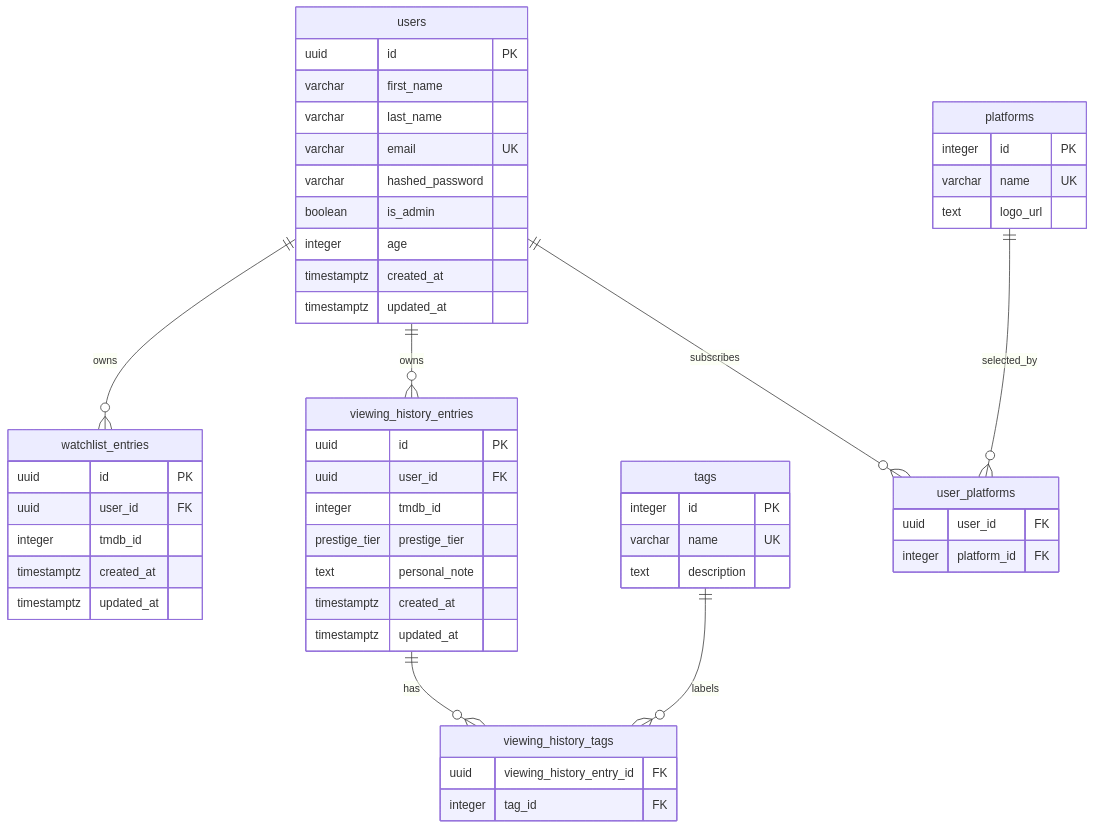
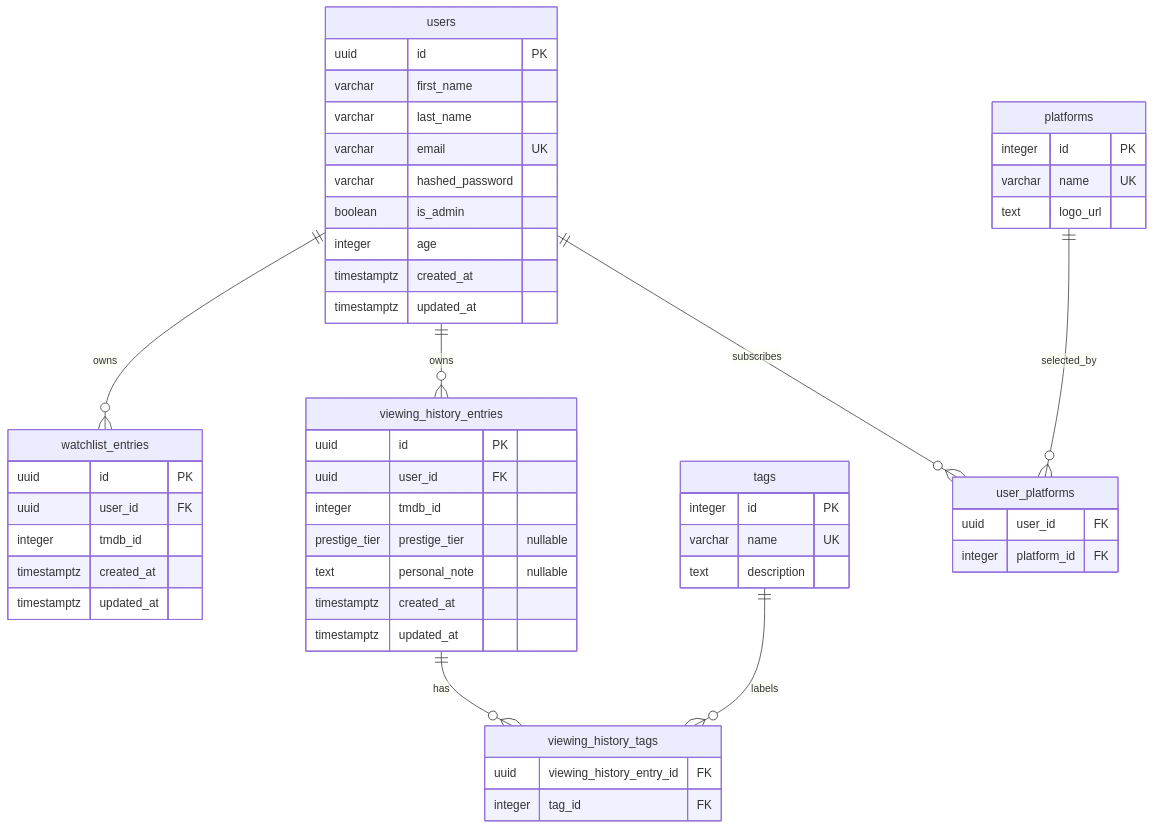
Before and after one commit to FelixBesancon/holbertonschool-CineMood: the diagram in docs/diagrams/ERDiagram.md, drawn with Mermaid. The commit also changed other lines of this file, not shown here.

````diff
--- a/docs/diagrams/ERDiagram.md
+++ b/docs/diagrams/ERDiagram.md
@@ -25,63 +25,63 @@
 ```mermaid
 erDiagram
     users {
         uuid id PK
         varchar first_name
         varchar last_name
         varchar email UK
         varchar hashed_password
         boolean is_admin
         integer age
         timestamptz created_at
         timestamptz updated_at
     }
 
     watchlist_entries {
         uuid id PK
         uuid user_id FK
         integer tmdb_id
         timestamptz created_at
         timestamptz updated_at
     }
 
     viewing_history_entries {
-        uuid id PK
-        uuid user_id FK
-        integer tmdb_id
-        prestige_tier prestige_tier
-        text personal_note
+        uuid        id               PK
+        uuid        user_id          FK
+        integer     tmdb_id
+        prestige_tier prestige_tier     "nullable"
+        text        personal_note    "nullable"
         timestamptz created_at
         timestamptz updated_at
     }
 
     tags {
         integer id PK
         varchar name UK
         text description
     }
 
     platforms {
         integer id PK
         varchar name UK
         text logo_url
     }
 
     viewing_history_tags {
         uuid viewing_history_entry_id FK
         integer tag_id FK
     }
 
     user_platforms {
         uuid user_id FK
         integer platform_id FK
     }
 
     users ||--o{ watchlist_entries : owns
     users ||--o{ viewing_history_entries : owns
 
     viewing_history_entries ||--o{ viewing_history_tags : has
     tags ||--o{ viewing_history_tags : labels
 
     users ||--o{ user_platforms : subscribes
     platforms ||--o{ user_platforms : selected_by
 ```
````
